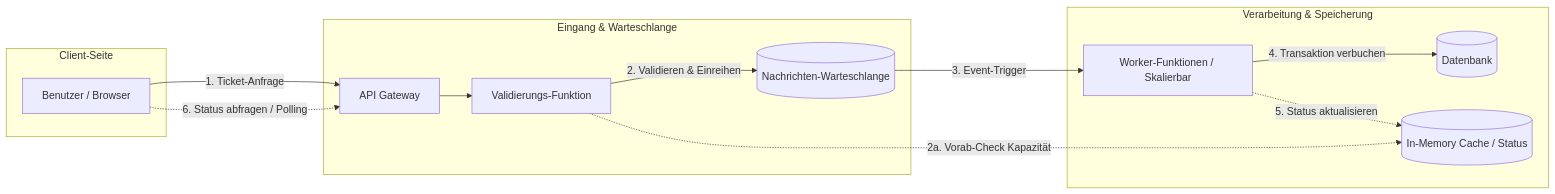
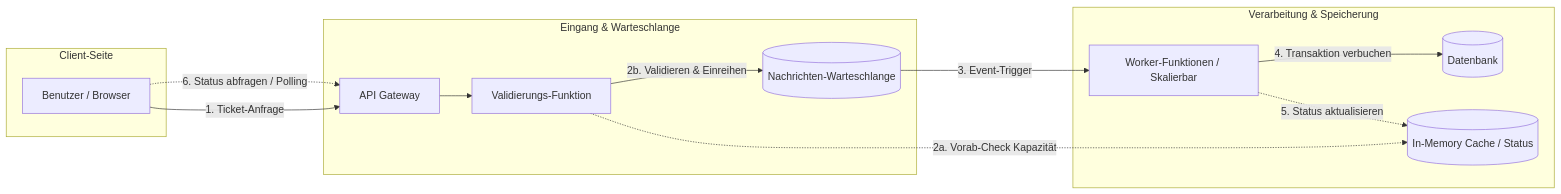
Before and after one commit to FaKiieZ/teko-projekt-cloud-serverless: the first of 2 diagrams in docs/architekturskizze.md, drawn with Mermaid.

Commit message:
update architecture mermaid

````diff
--- a/docs/architekturskizze.md
+++ b/docs/architekturskizze.md
@@ -5,28 +5,28 @@
 ```mermaid
 graph LR
     subgraph "Client-Seite"
         U[Benutzer / Browser]
     end
 
     subgraph "Eingang & Warteschlange"
         AGW[API Gateway]
         LF1[Validierungs-Funktion]
         Queue[(Nachrichten-Warteschlange)]
     end
 
     subgraph "Verarbeitung & Speicherung"
         LF2[Worker-Funktionen / Skalierbar]
         DB[(Datenbank)]
         Cache[(In-Memory Cache / Status)]
     end
 
     %% Datenfluss
     U -->|1. Ticket-Anfrage| AGW
     AGW --> LF1
-    LF1 -->|2. Validieren & Einreihen| Queue
     LF1 -.->|2a. Vorab-Check Kapazität| Cache
+    LF1 -->|2b. Validieren & Einreihen| Queue
     Queue -->|3. Event-Trigger| LF2
     LF2 -->|4. Transaktion verbuchen| DB
     LF2 -.->|5. Status aktualisieren| Cache
     U -.->|6. Status abfragen / Polling| AGW
 ```
````
